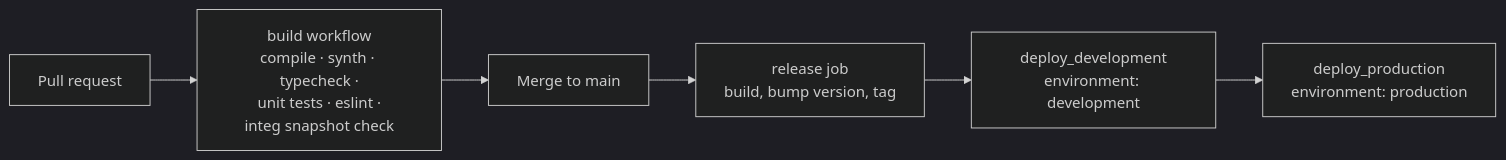
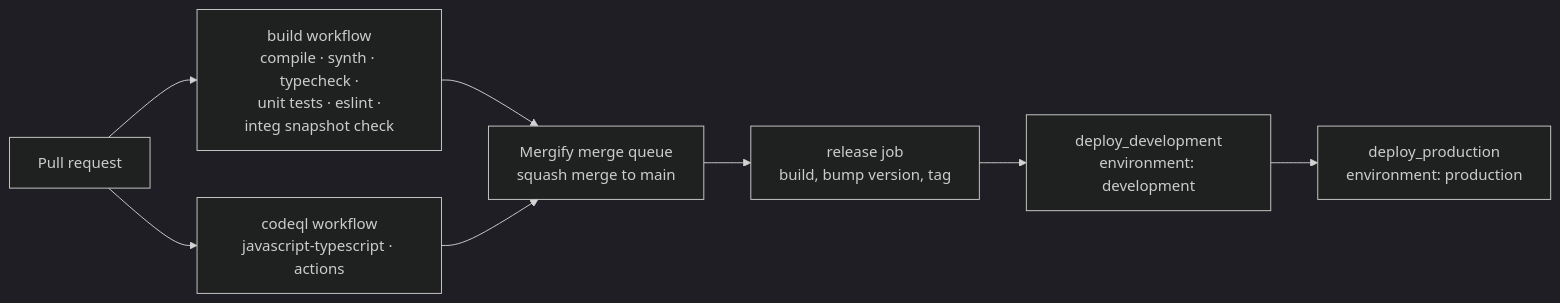
Before and after one commit to daveshepherd/river-levels: the fourth of 4 diagrams in docs/infrastructure.md, drawn with Mermaid (dark theme). The commit also changed other lines of this file and 9 other files, not shown here.

````diff
--- a/docs/infrastructure.md
+++ b/docs/infrastructure.md
@@ -146,8 +146,9 @@
 ```mermaid
 flowchart LR
   pr["Pull request"] --> build["build workflow<br/>compile · synth · typecheck ·<br/>unit tests · eslint ·<br/>integ snapshot check"]
-  build --> merge["Merge to main"]
+  pr --> codeql["codeql workflow<br/>javascript-typescript · actions"]
+  build & codeql --> merge["Mergify merge queue<br/>squash merge to main"]
   merge --> release["release job<br/>build, bump version, tag"]
   release --> dev["deploy_development<br/>environment: development"]
   dev --> prod["deploy_production<br/>environment: production"]
 ```
````
